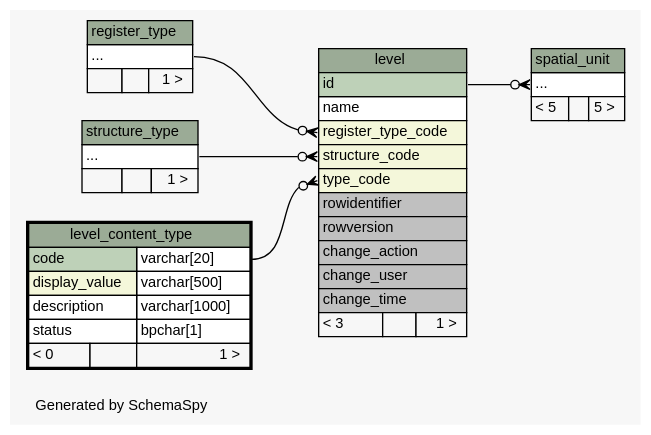
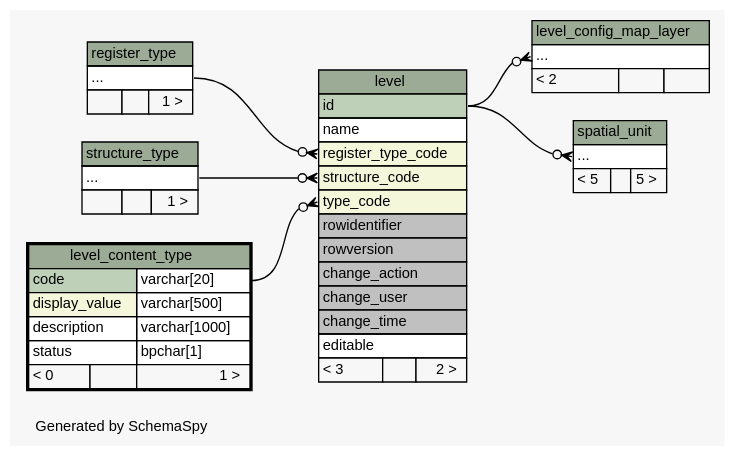
The diagram in doc/cadastre/diagrams/level_content_type.2degrees.dot (SOLA-FAO/database_sola), drawn with Graphviz before and after one commit. The commit also changed 579 other files, not shown here.

```diff
--- a/doc/cadastre/diagrams/level_content_type.2degrees.dot
+++ b/doc/cadastre/diagrams/level_content_type.2degrees.dot
@@ -1,88 +1,100 @@
-// dot 2.36.0 on Windows 7 6.1
+// dot 2.36.0 on Windows 8 6.2
 // SchemaSpy rev 590
 digraph "twoDegreesRelationshipsDiagram" {
   graph [
     rankdir="RL"
     bgcolor="#f7f7f7"
     label="\nGenerated by SchemaSpy"
     labeljust="l"
     nodesep="0.18"
     ranksep="0.46"
     fontname="Helvetica"
     fontsize="11"
   ];
   node [
     fontname="Helvetica"
     fontsize="11"
     shape="plaintext"
   ];
   edge [
     arrowsize="0.8"
   ];
   "level":"register_type_code":w -> "register_type":"elipses":e [arrowhead=none dir=back arrowtail=crowodot];
   "level":"structure_code":w -> "structure_type":"elipses":e [arrowhead=none dir=back arrowtail=crowodot];
   "level":"type_code":w -> "level_content_type":"code.type":e [arrowhead=none dir=back arrowtail=crowodot];
+  "level_config_map_layer":"elipses":w -> "level":"id":e [arrowhead=none dir=back arrowtail=crowodot];
   "spatial_unit":"elipses":w -> "level":"id":e [arrowhead=none dir=back arrowtail=crowodot];
   "level" [
     label=<
     <TABLE BORDER="0" CELLBORDER="1" CELLSPACING="0" BGCOLOR="#ffffff">
       <TR><TD COLSPAN="3" BGCOLOR="#9bab96" ALIGN="CENTER">level</TD></TR>
       <TR><TD PORT="id" COLSPAN="3" BGCOLOR="#bed1b8" ALIGN="LEFT">id</TD></TR>
       <TR><TD PORT="name" COLSPAN="3" ALIGN="LEFT">name</TD></TR>
       <TR><TD PORT="register_type_code" COLSPAN="3" BGCOLOR="#f4f7da" ALIGN="LEFT">register_type_code</TD></TR>
       <TR><TD PORT="structure_code" COLSPAN="3" BGCOLOR="#f4f7da" ALIGN="LEFT">structure_code</TD></TR>
       <TR><TD PORT="type_code" COLSPAN="3" BGCOLOR="#f4f7da" ALIGN="LEFT">type_code</TD></TR>
       <TR><TD PORT="rowidentifier" COLSPAN="3" BGCOLOR="#c0c0c0" ALIGN="LEFT">rowidentifier</TD></TR>
       <TR><TD PORT="rowversion" COLSPAN="3" BGCOLOR="#c0c0c0" ALIGN="LEFT">rowversion</TD></TR>
       <TR><TD PORT="change_action" COLSPAN="3" BGCOLOR="#c0c0c0" ALIGN="LEFT">change_action</TD></TR>
       <TR><TD PORT="change_user" COLSPAN="3" BGCOLOR="#c0c0c0" ALIGN="LEFT">change_user</TD></TR>
       <TR><TD PORT="change_time" COLSPAN="3" BGCOLOR="#c0c0c0" ALIGN="LEFT">change_time</TD></TR>
-      <TR><TD ALIGN="LEFT" BGCOLOR="#f7f7f7">&lt; 3</TD><TD ALIGN="RIGHT" BGCOLOR="#f7f7f7">  </TD><TD ALIGN="RIGHT" BGCOLOR="#f7f7f7">1 &gt;</TD></TR>
+      <TR><TD PORT="editable" COLSPAN="3" ALIGN="LEFT">editable</TD></TR>
+      <TR><TD ALIGN="LEFT" BGCOLOR="#f7f7f7">&lt; 3</TD><TD ALIGN="RIGHT" BGCOLOR="#f7f7f7">  </TD><TD ALIGN="RIGHT" BGCOLOR="#f7f7f7">2 &gt;</TD></TR>
     </TABLE>>
     URL="level.html"
     tooltip="level"
+  ];
+  "level_config_map_layer" [
+    label=<
+    <TABLE BORDER="0" CELLBORDER="1" CELLSPACING="0" BGCOLOR="#ffffff">
+      <TR><TD COLSPAN="3" BGCOLOR="#9bab96" ALIGN="CENTER">level_config_map_layer</TD></TR>
+      <TR><TD PORT="elipses" COLSPAN="3" ALIGN="LEFT">...</TD></TR>
+      <TR><TD ALIGN="LEFT" BGCOLOR="#f7f7f7">&lt; 2</TD><TD ALIGN="RIGHT" BGCOLOR="#f7f7f7">  </TD><TD ALIGN="RIGHT" BGCOLOR="#f7f7f7">  </TD></TR>
+    </TABLE>>
+    URL="level_config_map_layer.html"
+    tooltip="level_config_map_layer"
   ];
   "level_content_type" [
     label=<
     <TABLE BORDER="2" CELLBORDER="1" CELLSPACING="0" BGCOLOR="#ffffff">
       <TR><TD COLSPAN="3" BGCOLOR="#9bab96" ALIGN="CENTER">level_content_type</TD></TR>
       <TR><TD PORT="code" COLSPAN="2" BGCOLOR="#bed1b8" ALIGN="LEFT">code</TD><TD PORT="code.type" ALIGN="LEFT">varchar[20]</TD></TR>
       <TR><TD PORT="display_value" COLSPAN="2" BGCOLOR="#f4f7da" ALIGN="LEFT">display_value</TD><TD PORT="display_value.type" ALIGN="LEFT">varchar[500]</TD></TR>
       <TR><TD PORT="description" COLSPAN="2" ALIGN="LEFT">description</TD><TD PORT="description.type" ALIGN="LEFT">varchar[1000]</TD></TR>
       <TR><TD PORT="status" COLSPAN="2" ALIGN="LEFT">status</TD><TD PORT="status.type" ALIGN="LEFT">bpchar[1]</TD></TR>
       <TR><TD ALIGN="LEFT" BGCOLOR="#f7f7f7">&lt; 0</TD><TD ALIGN="RIGHT" BGCOLOR="#f7f7f7">  </TD><TD ALIGN="RIGHT" BGCOLOR="#f7f7f7">1 &gt;</TD></TR>
     </TABLE>>
     URL="level_content_type.html"
     tooltip="level_content_type"
   ];
   "register_type" [
     label=<
     <TABLE BORDER="0" CELLBORDER="1" CELLSPACING="0" BGCOLOR="#ffffff">
       <TR><TD COLSPAN="3" BGCOLOR="#9bab96" ALIGN="CENTER">register_type</TD></TR>
       <TR><TD PORT="elipses" COLSPAN="3" ALIGN="LEFT">...</TD></TR>
       <TR><TD ALIGN="LEFT" BGCOLOR="#f7f7f7">  </TD><TD ALIGN="RIGHT" BGCOLOR="#f7f7f7">  </TD><TD ALIGN="RIGHT" BGCOLOR="#f7f7f7">1 &gt;</TD></TR>
     </TABLE>>
     URL="register_type.html"
     tooltip="register_type"
   ];
   "spatial_unit" [
     label=<
     <TABLE BORDER="0" CELLBORDER="1" CELLSPACING="0" BGCOLOR="#ffffff">
       <TR><TD COLSPAN="3" BGCOLOR="#9bab96" ALIGN="CENTER">spatial_unit</TD></TR>
       <TR><TD PORT="elipses" COLSPAN="3" ALIGN="LEFT">...</TD></TR>
       <TR><TD ALIGN="LEFT" BGCOLOR="#f7f7f7">&lt; 5</TD><TD ALIGN="RIGHT" BGCOLOR="#f7f7f7">  </TD><TD ALIGN="RIGHT" BGCOLOR="#f7f7f7">5 &gt;</TD></TR>
     </TABLE>>
     URL="spatial_unit.html"
     tooltip="spatial_unit"
   ];
   "structure_type" [
     label=<
     <TABLE BORDER="0" CELLBORDER="1" CELLSPACING="0" BGCOLOR="#ffffff">
       <TR><TD COLSPAN="3" BGCOLOR="#9bab96" ALIGN="CENTER">structure_type</TD></TR>
       <TR><TD PORT="elipses" COLSPAN="3" ALIGN="LEFT">...</TD></TR>
       <TR><TD ALIGN="LEFT" BGCOLOR="#f7f7f7">  </TD><TD ALIGN="RIGHT" BGCOLOR="#f7f7f7">  </TD><TD ALIGN="RIGHT" BGCOLOR="#f7f7f7">1 &gt;</TD></TR>
     </TABLE>>
     URL="structure_type.html"
     tooltip="structure_type"
   ];
 }
```
